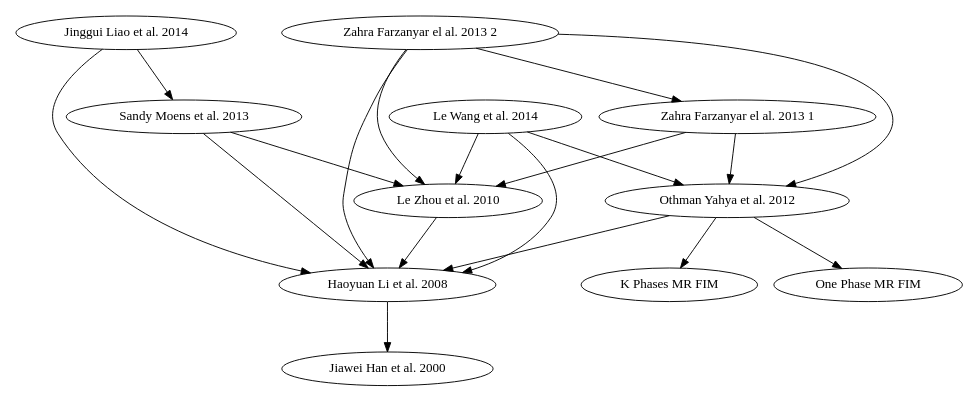
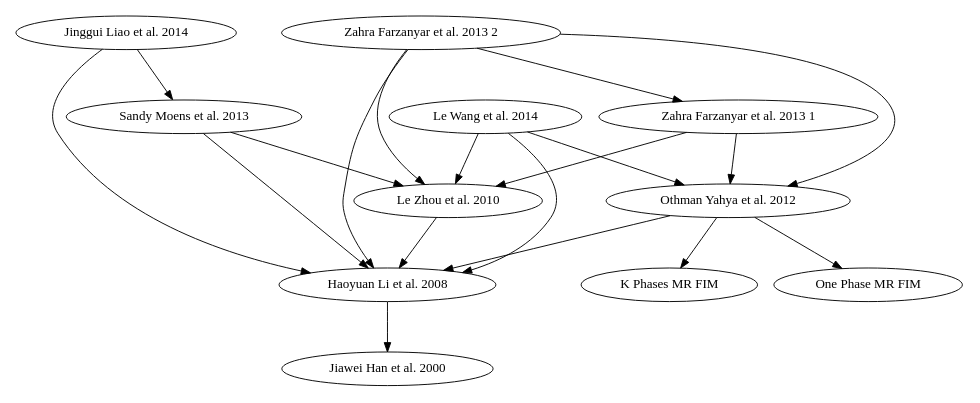
Before and after one commit to hdc1112/misc-program: the diagram in dot/mrfim-graph/mrfim.gv, drawn with Graphviz. The commit also changed 1 other file, not shown here.

```diff
--- a/dot/mrfim-graph/mrfim.gv
+++ b/dot/mrfim-graph/mrfim.gv
@@ -1,45 +1,45 @@
 digraph G {
   // spark-0.9.0-incubating
   size = "8, 15";
   ranksep=.75;
   //StorageLevel -> Externalizable;
   //  MRPrePost -> BigFIM;
   //  MRPrePost -> PFP;
   //  BigFIM -> BPFP;
   //  BigFIM -> PFP;
   //  Zahra2 -> BPFP;
   //  Zahra2 -> PFP;
   //  Zahra2 -> MRApriori;
   //  Zahra2 -> Zahra1;
   //  Zahra1 -> BPFP;
   //  Zahra1 -> MRApriori;
   //  MRApriori -> OnePhase;
   //  MRApriori -> KPhase;
   //  MRApriori -> PFP;
   //  May2014 -> BPFP;
   //  May2014 -> PFP;
   //  // the following line is added by me, author omitted this
   //  May2014 -> MRApriori;
   //  BPFP -> PFP;
   //  PFP -> FPGrowth;
 
   "Jinggui Liao et al. 2014" -> "Sandy Moens et al. 2013";
   "Jinggui Liao et al. 2014" -> "Haoyuan Li et al. 2008";
   "Sandy Moens et al. 2013" -> "Le Zhou et al. 2010";
   "Sandy Moens et al. 2013" -> "Haoyuan Li et al. 2008";
-  "Zahra Farzanyar el al. 2013 2" -> "Le Zhou et al. 2010";
-  "Zahra Farzanyar el al. 2013 2" -> "Haoyuan Li et al. 2008";
-  "Zahra Farzanyar el al. 2013 2" -> "Othman Yahya et al. 2012";
-  "Zahra Farzanyar el al. 2013 2" -> "Zahra Farzanyar el al. 2013 1";
-  "Zahra Farzanyar el al. 2013 1" -> "Le Zhou et al. 2010";
-  "Zahra Farzanyar el al. 2013 1" -> "Othman Yahya et al. 2012";
+  "Zahra Farzanyar et al. 2013 2" -> "Le Zhou et al. 2010";
+  "Zahra Farzanyar et al. 2013 2" -> "Haoyuan Li et al. 2008";
+  "Zahra Farzanyar et al. 2013 2" -> "Othman Yahya et al. 2012";
+  "Zahra Farzanyar et al. 2013 2" -> "Zahra Farzanyar et al. 2013 1";
+  "Zahra Farzanyar et al. 2013 1" -> "Le Zhou et al. 2010";
+  "Zahra Farzanyar et al. 2013 1" -> "Othman Yahya et al. 2012";
   "Othman Yahya et al. 2012" -> "One Phase MR FIM";
   "Othman Yahya et al. 2012" -> "K Phases MR FIM";
   "Othman Yahya et al. 2012" -> "Haoyuan Li et al. 2008";
   "Le Wang et al. 2014" -> "Le Zhou et al. 2010";
   "Le Wang et al. 2014" -> "Haoyuan Li et al. 2008";
   // the following line is added by me, author omitted this
   "Le Wang et al. 2014" -> "Othman Yahya et al. 2012";
   "Le Zhou et al. 2010" -> "Haoyuan Li et al. 2008";
   "Haoyuan Li et al. 2008" -> "Jiawei Han et al. 2000";
 }
```
